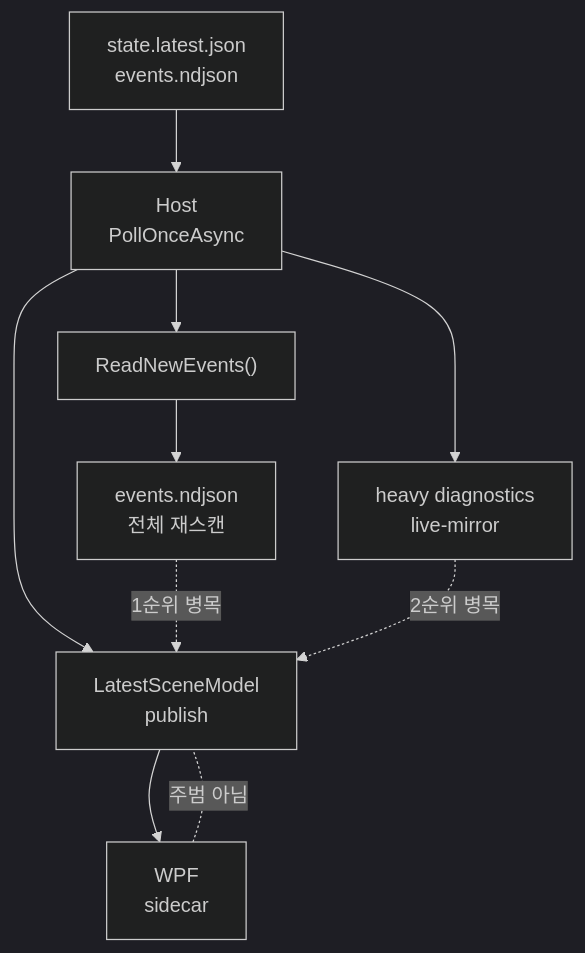
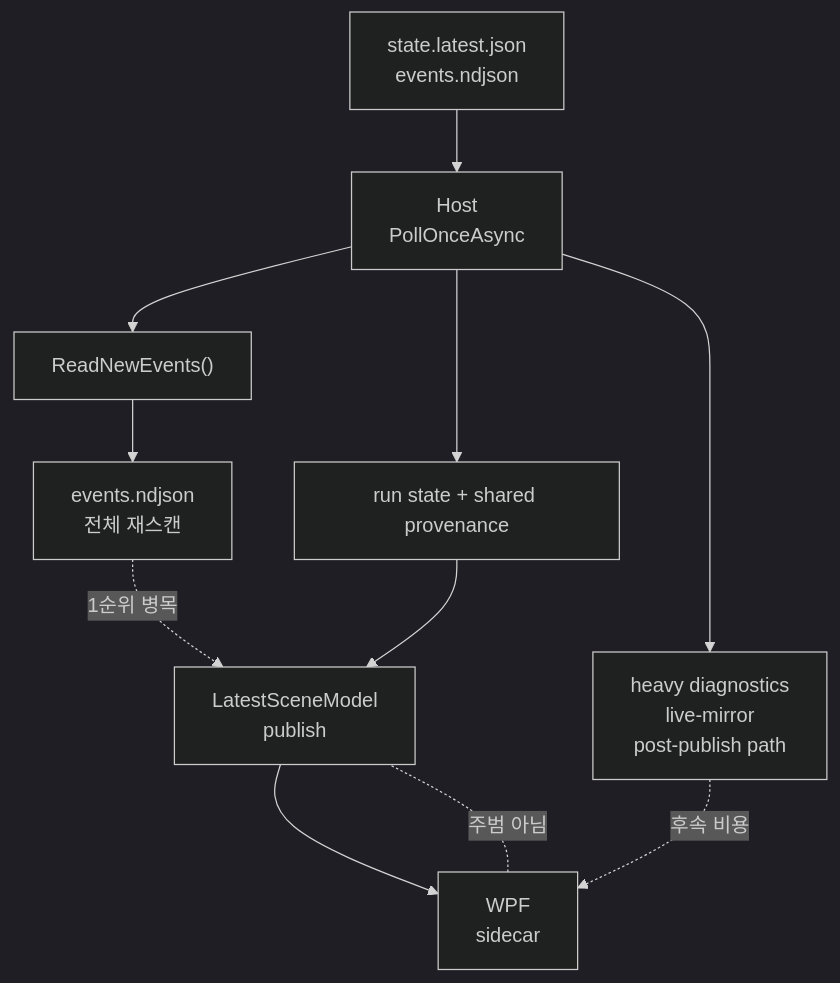
One commit to jidon333/STS2_Mod_AI_Companion changed the fourth of 4 diagrams in docs/current/readers/HARNESS_TO_M9_STRUCTURE_READER_KO.md. Above: the diagram before and after it, drawn with Mermaid (dark theme). The commit also changed other lines of this file and 23 other files, not shown here.

Commit message:
Unify host and harness screen provenance resolution

````diff
--- a/docs/current/readers/HARNESS_TO_M9_STRUCTURE_READER_KO.md
+++ b/docs/current/readers/HARNESS_TO_M9_STRUCTURE_READER_KO.md
@@ -333,13 +341,14 @@
 ```mermaid
 flowchart TB
     Exporter["state.latest.json<br/>events.ndjson"] --> HostPoll["Host<br/>PollOnceAsync"]
     HostPoll --> EventsRead["ReadNewEvents()"]
     EventsRead --> FullScan["events.ndjson<br/>전체 재스캔"]
-    HostPoll --> Diagnostics["heavy diagnostics<br/>live-mirror"]
-    HostPoll --> SceneModel["LatestSceneModel<br/>publish"]
+    HostPoll --> RunState["run state + shared provenance"]
+    RunState --> SceneModel["LatestSceneModel<br/>publish"]
+    HostPoll --> Diagnostics["heavy diagnostics<br/>live-mirror<br/>post-publish path"]
     SceneModel --> Wpf["WPF<br/>sidecar"]
 
     FullScan -. "1순위 병목" .-> SceneModel
-    Diagnostics -. "2순위 병목" .-> SceneModel
+    Diagnostics -. "후속 비용" .-> Wpf
     Wpf -. "주범 아님" .- SceneModel
 ```
````
